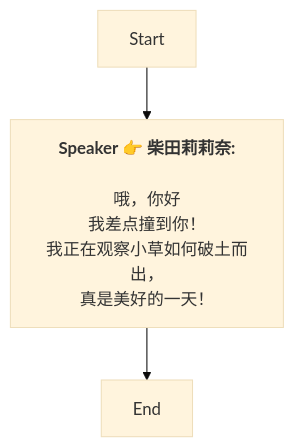
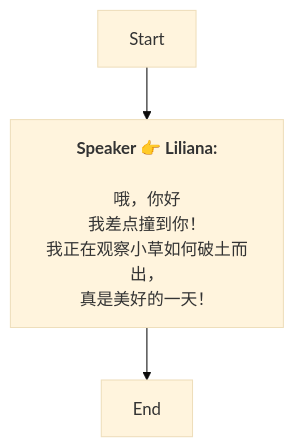
The diagram in Zh/AddDialogNode_1769061427313724.md (SoftHu/tos_avg), drawn with Mermaid (base theme) before and after one commit. The commit also changed 737 other files, not shown here.

````diff
--- a/Zh/AddDialogNode_1769061427313724.md
+++ b/Zh/AddDialogNode_1769061427313724.md
@@ -1,11 +1,9 @@
 ```mermaid
 graph
-Start -->1769061592472639[<b>Speaker 👉 柴田莉莉奈:</b>
-
-哦，你好
-我差点撞到你！
-我正在观察小草如何破土而出，
+Start -->1769061592472639[<b>Speaker 👉 Liliana:</b>
+\n哦，你好
+我差点撞到你！\n我正在观察小草如何破土而出，
 真是美好的一天！]
 1769061592472639 -->1769061595825216[End]
 
- ```
+```
````
